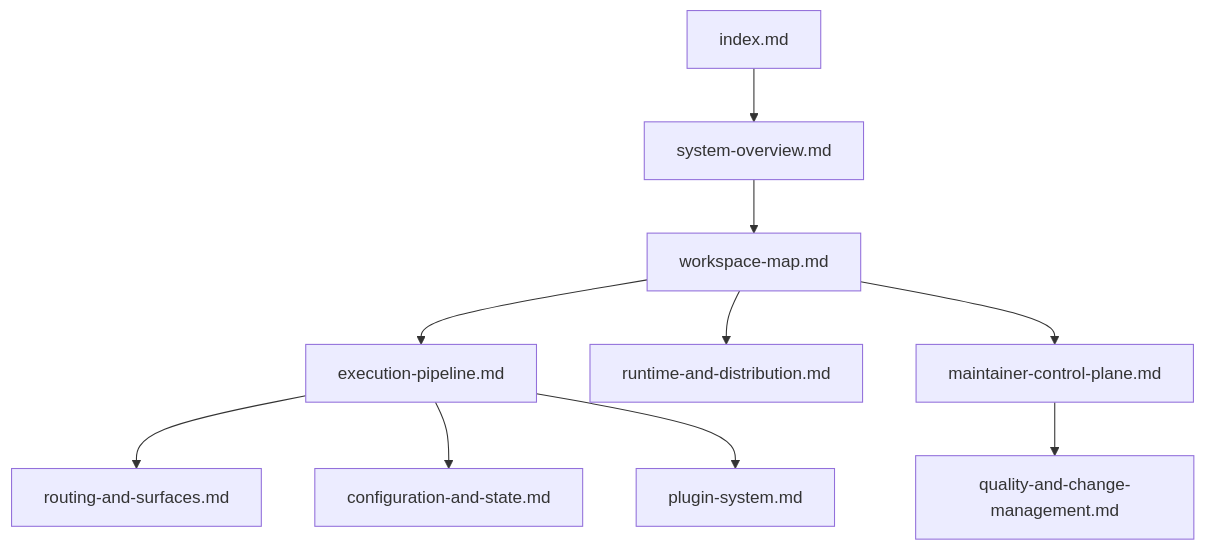
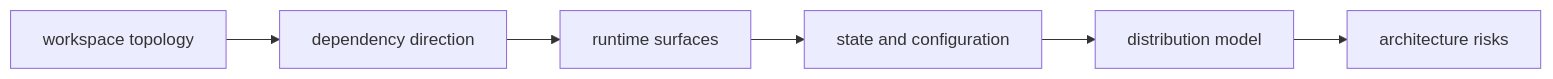
The diagram in docs/bijux-core/architecture/index.md (bijux/bijux-cli), drawn with Mermaid before and after one commit. The commit also changed other lines of this file and 4 other files, not shown here.

Commit message:
docs(core): rewrite architecture overview topology and runtime surfaces

````diff
--- a/docs/bijux-core/architecture/index.md
+++ b/docs/bijux-core/architecture/index.md
@@ -25,12 +17,8 @@
 ```mermaid
-flowchart TD
-    A[index.md] --> B[system-overview.md]
-    B --> C[workspace-map.md]
-    C --> D[execution-pipeline.md]
-    D --> E[routing-and-surfaces.md]
-    D --> F[configuration-and-state.md]
-    D --> G[plugin-system.md]
-    C --> H[runtime-and-distribution.md]
-    C --> I[maintainer-control-plane.md]
-    I --> J[quality-and-change-management.md]
+flowchart LR
+    topology[workspace topology] --> dependencies[dependency direction]
+    dependencies --> runtime[runtime surfaces]
+    runtime --> state[state and configuration]
+    state --> distribution[distribution model]
+    distribution --> risks[architecture risks]
 ```
````
